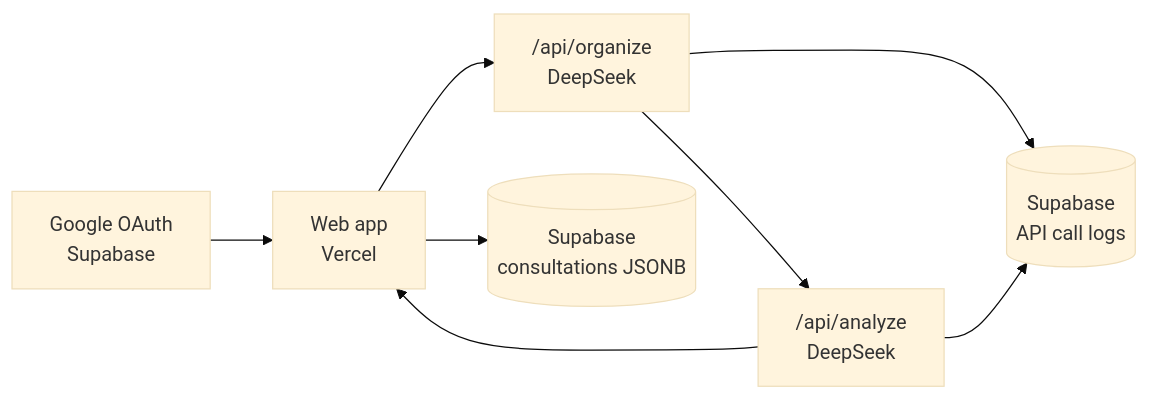
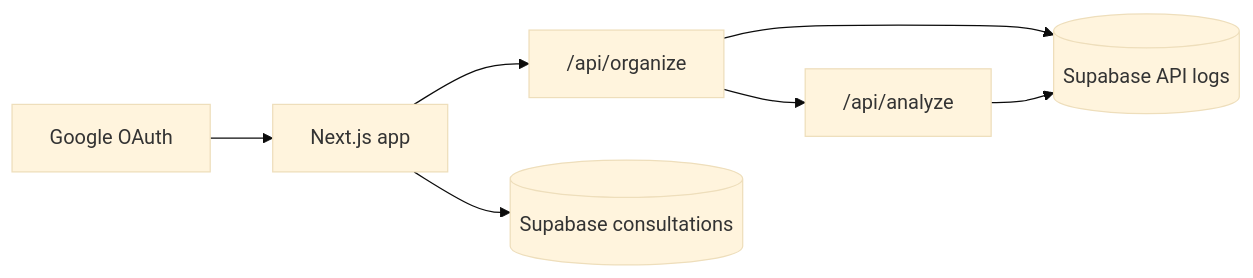
Before and after one commit to chiaweiwoo/tcm-diagnosis: the second of 2 diagrams in README.md, drawn with Mermaid (base theme). The commit also changed other lines of this file and 3 other files, not shown here.

````diff
--- a/README.md
+++ b/README.md
@@ -109,10 +40,9 @@
 ```mermaid
 flowchart LR
-    LOGIN["Google OAuth\nSupabase"] --> FE["Web app\nVercel"]
-    FE --> ORG["/api/organize\nDeepSeek"]
-    ORG --> AN["/api/analyze\nDeepSeek"]
-    AN --> FE
-    ORG --> LOG[("Supabase\nAPI call logs")]
-    AN --> LOG
-    FE --> CASES[("Supabase\nconsultations JSONB")]
+    LOGIN["Google OAuth"] --> WEB["Next.js app"]
+    WEB --> ORG["/api/organize"]
+    ORG --> AN["/api/analyze"]
+    WEB --> CASES[("Supabase consultations")]
+    ORG --> LOGS[("Supabase API logs")]
+    AN --> LOGS
 ```
````
